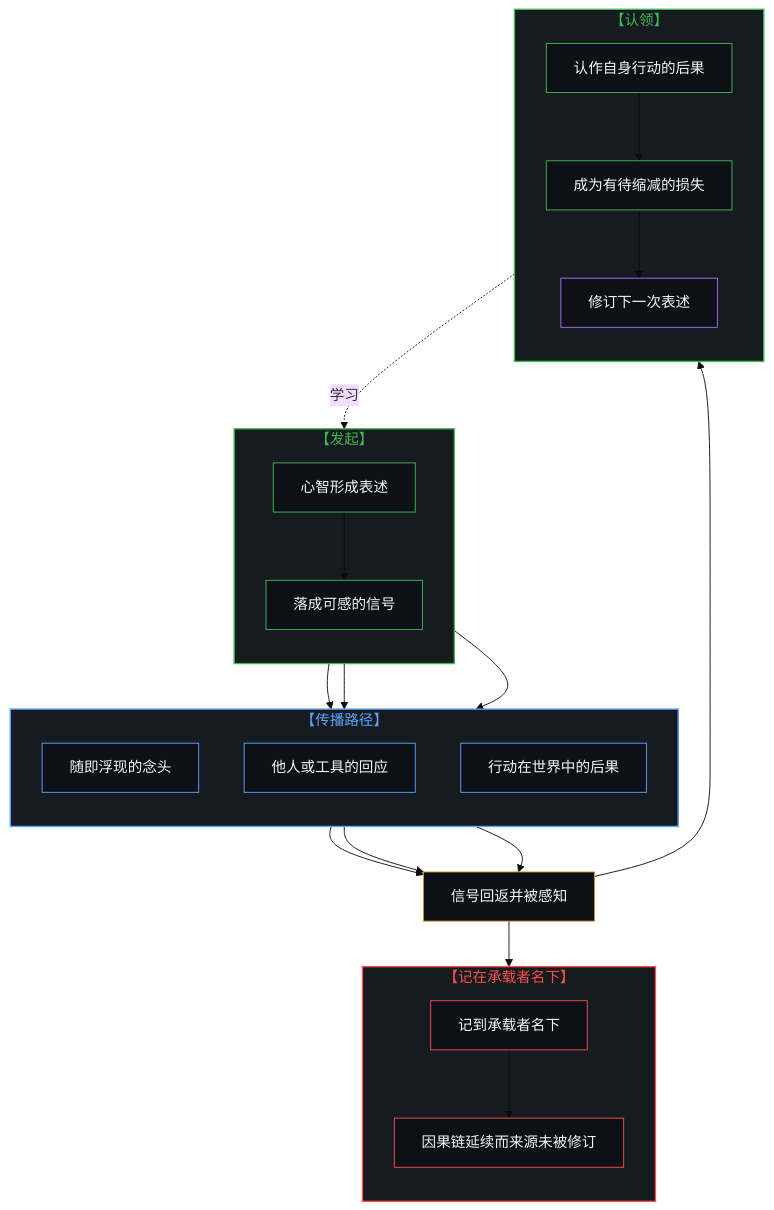
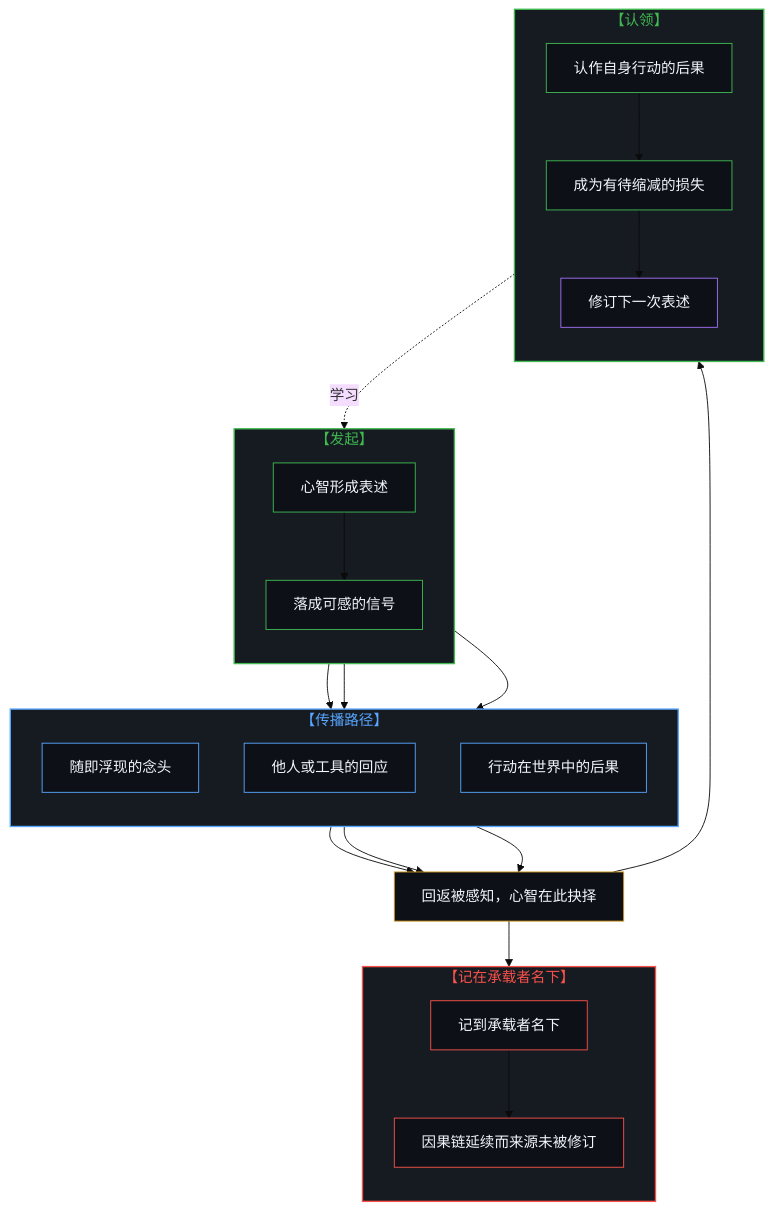
Before and after one commit to powerpig99/not-a-toe: the first of 2 diagrams in content/posts/the-returning-signal-and-its-claim.md, drawn with Mermaid (base theme). The commit also changed other lines of this file and 2 other files, not shown here.

````diff
--- a/content/posts/the-returning-signal-and-its-claim.md
+++ b/content/posts/the-returning-signal-and-its-claim.md
@@ -37,59 +37,59 @@
 ```mermaid
 flowchart TD
   subgraph S_SRC["【发起】"]
     direction TB
     M_FORM["心智形成表述"]
     M_SIG["落成可感的信号"]
     M_FORM --> M_SIG
   end
 
   subgraph S_PATH["【传播路径】"]
     direction TB
     P_THOUGHT["随即浮现的念头"]
     P_MODEL["他人或工具的回应"]
     P_ACT["行动在世界中的后果"]
   end
 
-  R_BACK["信号回返并被感知"]
+  R_BACK["回返被感知，心智在此抉择"]
 
   subgraph S_OUT["【记在承载者名下】"]
     direction TB
     O_ASSIGN["记到承载者名下"]
     O_RUN["因果链延续而来源未被修订"]
     O_ASSIGN --> O_RUN
   end
 
   subgraph S_CLAIM["【认领】"]
     direction TB
     C_OWN["认作自身行动的后果"]
     C_LOSS["成为有待缩减的损失"]
     C_NEXT["修订下一次表述"]
     C_OWN --> C_LOSS --> C_NEXT
   end
 
   M_SIG --> P_THOUGHT
   M_SIG --> P_MODEL
   M_SIG --> P_ACT
   P_THOUGHT --> R_BACK
   P_MODEL --> R_BACK
   P_ACT --> R_BACK
   R_BACK --> O_ASSIGN
   R_BACK --> C_OWN
   C_NEXT -.->|"学习"| M_FORM
 
   style S_SRC fill:#161b22,stroke:#3fb950,stroke-width:1.5px,color:#3fb950
   style S_PATH fill:#161b22,stroke:#58a6ff,stroke-width:1.5px,color:#58a6ff
   style S_OUT fill:#161b22,stroke:#f85149,stroke-width:1.5px,color:#f85149
   style S_CLAIM fill:#161b22,stroke:#3fb950,stroke-width:1.5px,color:#3fb950
   style M_FORM fill:#0d1117,stroke:#3fb950,stroke-width:1px,color:#f0f6fc
   style M_SIG fill:#0d1117,stroke:#3fb950,stroke-width:1px,color:#f0f6fc
   style P_THOUGHT fill:#0d1117,stroke:#58a6ff,stroke-width:1px,color:#f0f6fc
   style P_MODEL fill:#0d1117,stroke:#58a6ff,stroke-width:1px,color:#f0f6fc
   style P_ACT fill:#0d1117,stroke:#58a6ff,stroke-width:1px,color:#f0f6fc
   style R_BACK fill:#0d1117,stroke:#d29922,stroke-width:1px,color:#f0f6fc
   style O_ASSIGN fill:#0d1117,stroke:#f85149,stroke-width:1px,color:#f0f6fc
   style O_RUN fill:#0d1117,stroke:#f85149,stroke-width:1px,color:#f0f6fc
   style C_OWN fill:#0d1117,stroke:#3fb950,stroke-width:1px,color:#f0f6fc
   style C_LOSS fill:#0d1117,stroke:#3fb950,stroke-width:1px,color:#f0f6fc
   style C_NEXT fill:#0d1117,stroke:#a371f7,stroke-width:1px,color:#f0f6fc
 ```
````
